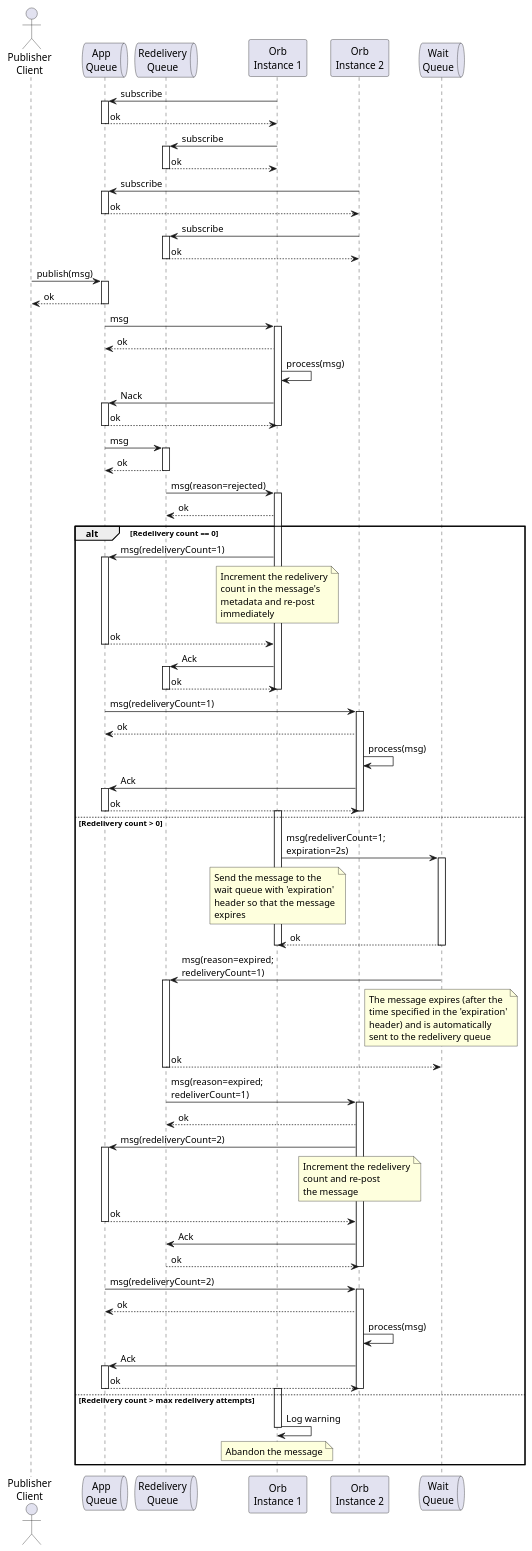
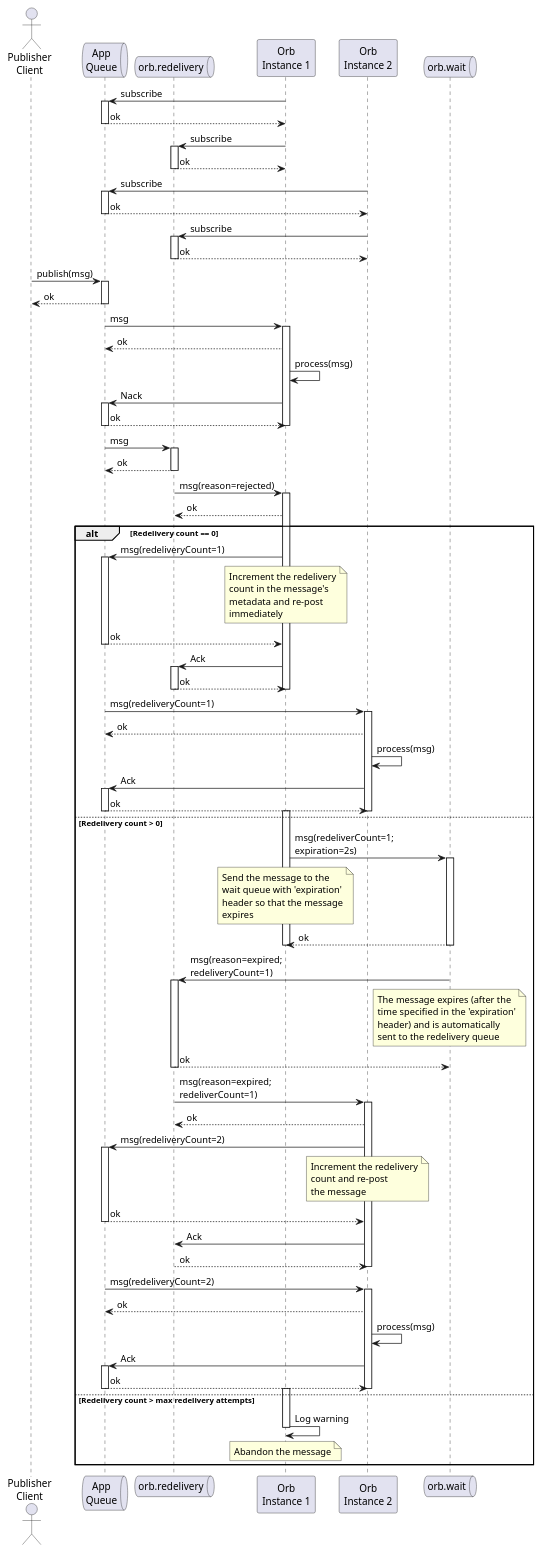
The diagram in readthedocs/source/orb/diagrams/mq-pubsub-redeliver.puml (trustbloc/docs), drawn with PlantUML before and after one commit. The commit also changed 24 other files, not shown here.

```diff
--- a/readthedocs/source/orb/diagrams/mq-pubsub-redeliver.puml
+++ b/readthedocs/source/orb/diagrams/mq-pubsub-redeliver.puml
@@ -1,160 +1,160 @@
 @startuml
 'https://plantuml.com/sequence-diagram
 
 actor "Publisher\nClient" as client
 
 queue "App\nQueue" as queue1
-queue "Redelivery\nQueue" as redeliveryQueue
+queue "orb.redelivery" as redeliveryQueue
 
 participant "Orb\nInstance 1" as service1
 participant "Orb\nInstance 2" as service2
 
-queue "Wait\nQueue" as waitQueue
+queue "orb.wait" as waitQueue
 
 service1 -> queue1: subscribe
 activate queue1
   queue1 --> service1: ok
 deactivate queue1
 
 service1 -> redeliveryQueue: subscribe
 activate redeliveryQueue
   redeliveryQueue --> service1: ok
 deactivate redeliveryQueue
 
 service2 -> queue1: subscribe
 activate queue1
   queue1 --> service2: ok
 deactivate queue1
 
 service2 -> redeliveryQueue: subscribe
 activate redeliveryQueue
   redeliveryQueue --> service2: ok
 deactivate redeliveryQueue
 
 client -> queue1: publish(msg)
 activate queue1
   queue1 --> client: ok
 deactivate queue1
 
 queue1 -> service1: msg
 
 activate service1
 service1 --> queue1: ok
 service1 -> service1: process(msg)
 
 service1 -> queue1: Nack
 activate queue1
 queue1 --> service1: ok
 deactivate queue1
 deactivate service1
 
 queue1 -> redeliveryQueue: msg
 activate redeliveryQueue
 redeliveryQueue --> queue1: ok
 deactivate redeliveryQueue
 
 redeliveryQueue -> service1: msg(reason=rejected)
 activate service1
 
 service1 --> redeliveryQueue: ok
 
 alt Redelivery count == 0
   service1 -> queue1: msg(redeliveryCount=1)
 
   note over service1
   Increment the redelivery
   count in the message's
   metadata and re-post
   immediately
   end note
 
   activate queue1
   queue1 --> service1: ok
   deactivate queue1
 
   service1 -> redeliveryQueue: Ack
   activate redeliveryQueue
   redeliveryQueue --> service1: ok
   deactivate redeliveryQueue
   deactivate service1
 
   queue1 -> service2: msg(redeliveryCount=1)
 
   activate service2
   service2 --> queue1: ok
   service2 -> service2: process(msg)
 
   service2 -> queue1: Ack
   activate queue1
   queue1 --> service2: ok
   deactivate queue1
   deactivate service2
 else Redelivery count > 0
   activate service1
   service1 -> waitQueue: msg(redeliverCount=1;\nexpiration=2s)
 
   note over service1
     Send the message to the
     wait queue with 'expiration'
     header so that the message
     expires
   end note
 
   activate waitQueue
   waitQueue --> service1: ok
   deactivate waitQueue
   deactivate service1
 
   waitQueue -> redeliveryQueue: msg(reason=expired;\nredeliveryCount=1)
 
   note over waitQueue
   The message expires (after the
   time specified in the 'expiration'
   header) and is automatically
   sent to the redelivery queue
   end note
 
   activate redeliveryQueue
   redeliveryQueue --> waitQueue: ok
   deactivate redeliveryQueue
 
   redeliveryQueue -> service2: msg(reason=expired;\nredeliverCount=1)
   activate service2
   service2 --> redeliveryQueue: ok
 
   service2 -> queue1: msg(redeliveryCount=2)
 
   note over service2
   Increment the redelivery
   count and re-post
   the message
   end note
 
   activate queue1
   queue1 --> service2: ok
   deactivate queue1
   service2 -> redeliveryQueue: Ack
   redeliveryQueue --> service2: ok
   deactivate service2
 
   queue1 -> service2: msg(redeliveryCount=2)
 
   activate service2
   service2 --> queue1: ok
   service2 -> service2: process(msg)
 
   service2 -> queue1: Ack
   activate queue1
   queue1 --> service2: ok
   deactivate queue1
   deactivate service2
 else Redelivery count > max redelivery attempts
   activate service1
   service1 -> service1: Log warning
   note over service1: Abandon the message
   deactivate service1
 end
 
 deactivate service1
 
 @enduml
```
